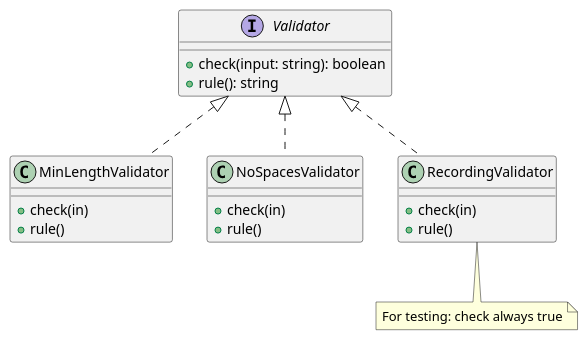
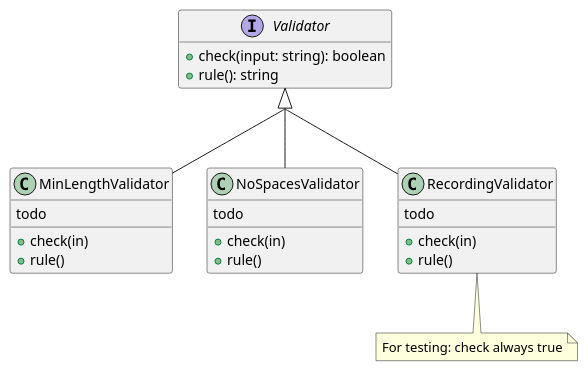
Before and after one commit to ubccpsc/210: the fifth of 5 diagrams in docs/part2/06_boundaries.md, drawn with PlantUML. The commit also changed other lines of this file, not shown here.

````diff
--- a/docs/part2/06_boundaries.md
+++ b/docs/part2/06_boundaries.md
@@ -315,23 +327,29 @@
 ```plantuml
 @startuml
+
+hide empty members
+skinparam groupInheritance 2
 
 interface Validator
 
 Validator <|.. MinLengthValidator
 Validator <|.. NoSpacesValidator
 
 Validator <|.. RecordingValidator
 note "For testing: check always true" as N1
 RecordingValidator .. N1
 
 Validator : +check(input: string): boolean
 Validator : +rule(): string
+MinLengthValidator : todo
 MinLengthValidator : +check(in)
 MinLengthValidator : +rule()
+NoSpacesValidator : todo
 NoSpacesValidator : +check(in)
 NoSpacesValidator : +rule()
+RecordingValidator : todo
 RecordingValidator : +check(in)
 RecordingValidator : +rule()
 
 @enduml
 ```
````
